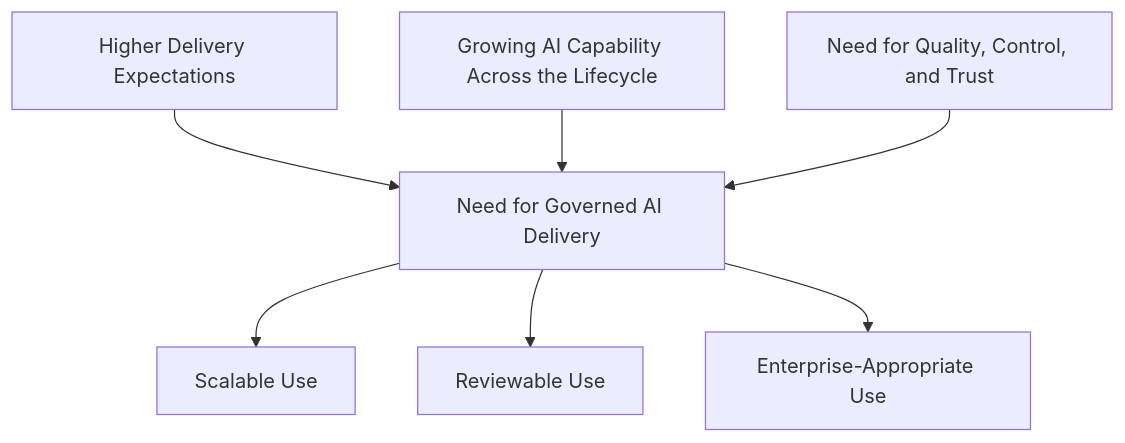
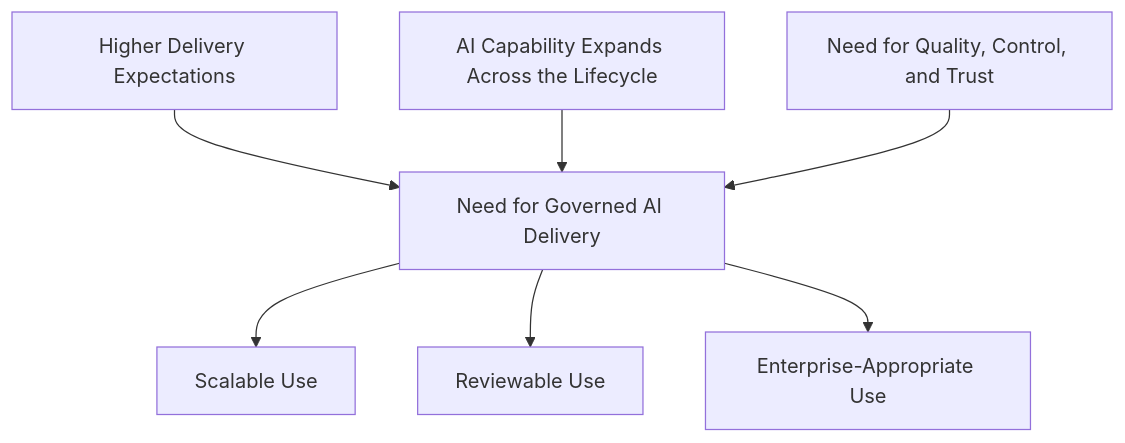
Before and after one commit to refat-asadullah-creolytix-dev/refat-asadullah-creolytix-dev: the first of 15 diagrams in creolytix-ai-delivery-model-github-safe.md, drawn with Mermaid. The commit also changed other lines of this file, not shown here.

````diff
--- a/creolytix-ai-delivery-model-github-safe.md
+++ b/creolytix-ai-delivery-model-github-safe.md
@@ -30,14 +30,14 @@
 ```mermaid
 flowchart TB
     A[Higher Delivery Expectations]
-    B[Growing AI Capability Across the Lifecycle]
+    B[AI Capability Expands Across the Lifecycle]
     C[Need for Quality, Control, and Trust]
 
     A --> D[Need for Governed AI Delivery]
     B --> D
     C --> D
 
     D --> E[Scalable Use]
     D --> F[Reviewable Use]
     D --> G[Enterprise-Appropriate Use]
 ```
````
